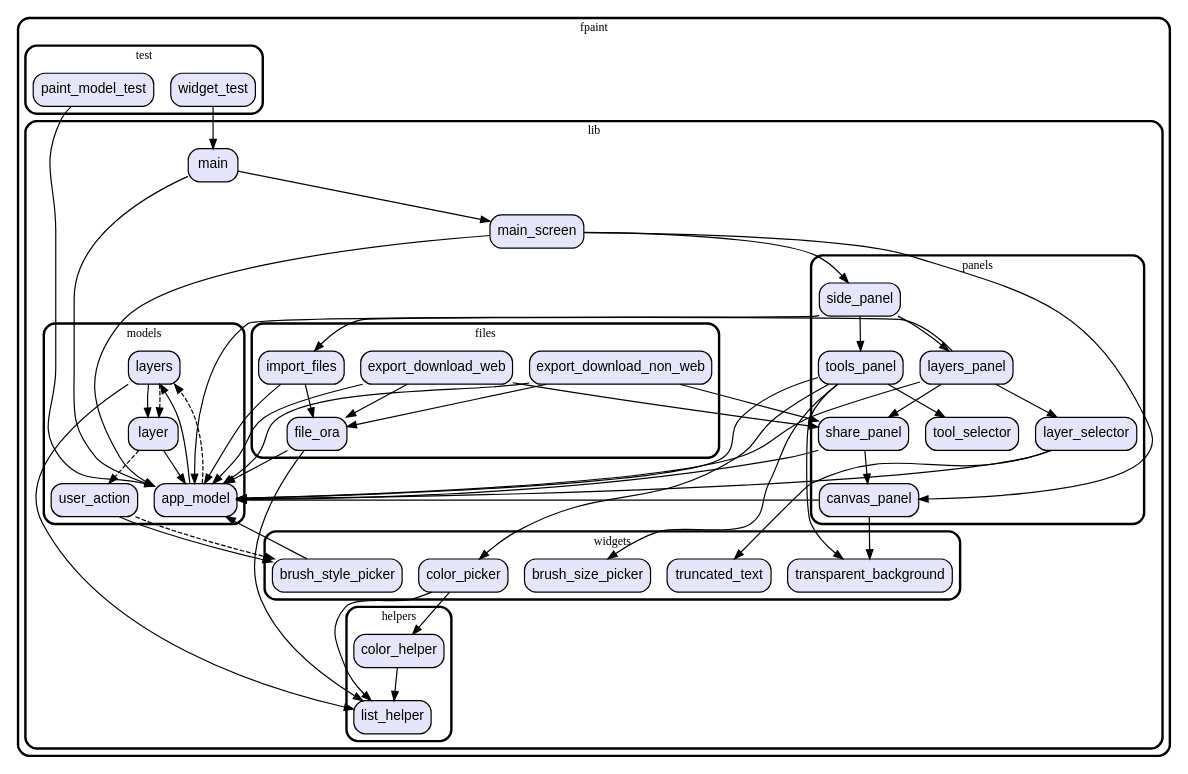
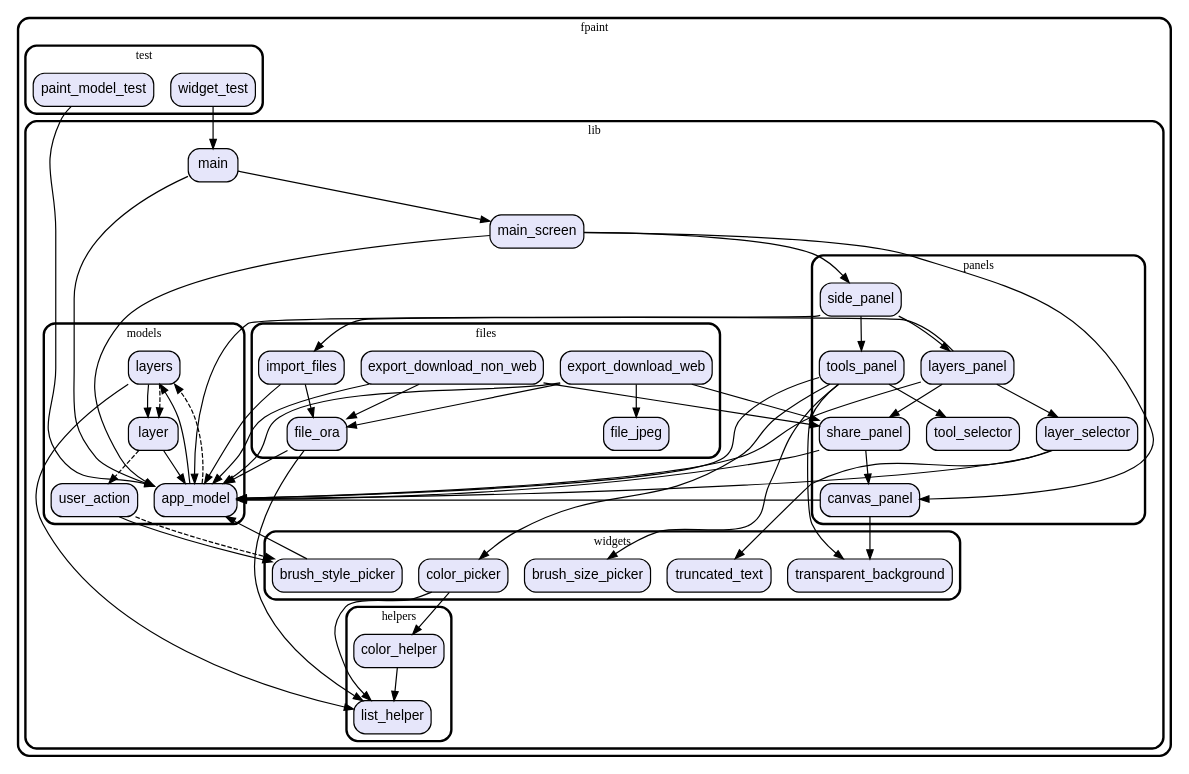
The diagram in graph.dot (vteam-com/fPaint), drawn with Graphviz before and after one commit. The commit also changed 7 other files, not shown here.

```diff
--- a/graph.dot
+++ b/graph.dot
@@ -1,129 +1,132 @@
 digraph "" {
   graph [style=rounded fontname="Arial Black" fontsize=13 penwidth=2.6];
   node [shape=rect style="filled,rounded" fontname=Arial fontsize=15 fillcolor=Lavender penwidth=1.3];
   edge [penwidth=1.3];
   "/test/paint_model_test.dart" [label="paint_model_test"];
   "/test/widget_test.dart" [label="widget_test"];
   "/lib/panels/tool_selector.dart" [label="tool_selector"];
   "/lib/panels/canvas_panel.dart" [label="canvas_panel"];
   "/lib/panels/layer_selector.dart" [label="layer_selector"];
   "/lib/panels/side_panel.dart" [label="side_panel"];
   "/lib/panels/share_panel.dart" [label="share_panel"];
   "/lib/panels/tools_panel.dart" [label="tools_panel"];
   "/lib/panels/layers_panel.dart" [label="layers_panel"];
   "/lib/models/layers.dart" [label="layers"];
   "/lib/models/user_action.dart" [label="user_action"];
   "/lib/models/app_model.dart" [label="app_model"];
   "/lib/models/layer.dart" [label="layer"];
   "/lib/main.dart" [label="main"];
+  "/lib/files/file_jpeg.dart" [label="file_jpeg"];
   "/lib/files/export_download_web.dart" [label="export_download_web"];
   "/lib/files/file_ora.dart" [label="file_ora"];
   "/lib/files/export_download_non_web.dart" [label="export_download_non_web"];
   "/lib/files/import_files.dart" [label="import_files"];
   "/lib/main_screen.dart" [label="main_screen"];
   "/lib/helpers/list_helper.dart" [label="list_helper"];
   "/lib/helpers/color_helper.dart" [label="color_helper"];
   "/lib/widgets/truncated_text.dart" [label="truncated_text"];
   "/lib/widgets/brush_size_picker.dart" [label="brush_size_picker"];
   "/lib/widgets/transparent_background.dart" [label="transparent_background"];
   "/lib/widgets/brush_style_picker.dart" [label="brush_style_picker"];
   "/lib/widgets/color_picker.dart" [label="color_picker"];
   subgraph "cluster~" {
     label="fpaint";
     subgraph "cluster~/test" {
       label="test";
       "/test/paint_model_test.dart";
       "/test/widget_test.dart";
     }
     subgraph "cluster~/lib" {
       label="lib";
       "/lib/main.dart";
       "/lib/main_screen.dart";
       subgraph "cluster~/lib/panels" {
         label="panels";
         "/lib/panels/tool_selector.dart";
         "/lib/panels/canvas_panel.dart";
         "/lib/panels/layer_selector.dart";
         "/lib/panels/side_panel.dart";
         "/lib/panels/share_panel.dart";
         "/lib/panels/tools_panel.dart";
         "/lib/panels/layers_panel.dart";
       }
       subgraph "cluster~/lib/models" {
         label="models";
         "/lib/models/layers.dart";
         "/lib/models/user_action.dart";
         "/lib/models/app_model.dart";
         "/lib/models/layer.dart";
       }
       subgraph "cluster~/lib/files" {
         label="files";
+        "/lib/files/file_jpeg.dart";
         "/lib/files/export_download_web.dart";
         "/lib/files/file_ora.dart";
         "/lib/files/export_download_non_web.dart";
         "/lib/files/import_files.dart";
       }
       subgraph "cluster~/lib/helpers" {
         label="helpers";
         "/lib/helpers/list_helper.dart";
         "/lib/helpers/color_helper.dart";
       }
       subgraph "cluster~/lib/widgets" {
         label="widgets";
         "/lib/widgets/truncated_text.dart";
         "/lib/widgets/brush_size_picker.dart";
         "/lib/widgets/transparent_background.dart";
         "/lib/widgets/brush_style_picker.dart";
         "/lib/widgets/color_picker.dart";
       }
     }
   }
   "/test/paint_model_test.dart" -> "/lib/models/app_model.dart";
   "/test/widget_test.dart" -> "/lib/main.dart";
   "/lib/panels/canvas_panel.dart" -> "/lib/models/app_model.dart";
   "/lib/panels/canvas_panel.dart" -> "/lib/widgets/transparent_background.dart";
   "/lib/panels/layer_selector.dart" -> "/lib/models/app_model.dart";
   "/lib/panels/layer_selector.dart" -> "/lib/widgets/truncated_text.dart";
   "/lib/panels/side_panel.dart" -> "/lib/models/app_model.dart";
   "/lib/panels/side_panel.dart" -> "/lib/panels/layers_panel.dart";
   "/lib/panels/side_panel.dart" -> "/lib/panels/tools_panel.dart";
   "/lib/panels/share_panel.dart" -> "/lib/models/app_model.dart";
   "/lib/panels/share_panel.dart" -> "/lib/panels/canvas_panel.dart";
   "/lib/panels/tools_panel.dart" -> "/lib/models/app_model.dart";
   "/lib/panels/tools_panel.dart" -> "/lib/panels/tool_selector.dart";
   "/lib/panels/tools_panel.dart" -> "/lib/widgets/brush_size_picker.dart";
   "/lib/panels/tools_panel.dart" -> "/lib/widgets/color_picker.dart";
   "/lib/panels/tools_panel.dart" -> "/lib/widgets/transparent_background.dart";
   "/lib/panels/layers_panel.dart" -> "/lib/files/import_files.dart";
   "/lib/panels/layers_panel.dart" -> "/lib/models/app_model.dart";
   "/lib/panels/layers_panel.dart" -> "/lib/panels/layer_selector.dart";
   "/lib/panels/layers_panel.dart" -> "/lib/panels/share_panel.dart";
   "/lib/models/layers.dart" -> "/lib/helpers/list_helper.dart";
   "/lib/models/layers.dart" -> "/lib/models/layer.dart";
   "/lib/models/layers.dart" -> "/lib/models/layer.dart" [style=dashed];
   "/lib/models/user_action.dart" -> "/lib/widgets/brush_style_picker.dart";
   "/lib/models/user_action.dart" -> "/lib/widgets/brush_style_picker.dart" [style=dashed];
   "/lib/models/app_model.dart" -> "/lib/models/layers.dart";
   "/lib/models/app_model.dart" -> "/lib/models/layers.dart" [style=dashed];
   "/lib/models/layer.dart" -> "/lib/models/app_model.dart";
   "/lib/models/layer.dart" -> "/lib/models/user_action.dart" [style=dashed];
   "/lib/main.dart" -> "/lib/main_screen.dart";
   "/lib/main.dart" -> "/lib/models/app_model.dart";
+  "/lib/files/export_download_web.dart" -> "/lib/files/file_jpeg.dart";
   "/lib/files/export_download_web.dart" -> "/lib/files/file_ora.dart";
   "/lib/files/export_download_web.dart" -> "/lib/models/app_model.dart";
   "/lib/files/export_download_web.dart" -> "/lib/panels/share_panel.dart";
   "/lib/files/file_ora.dart" -> "/lib/helpers/list_helper.dart";
   "/lib/files/file_ora.dart" -> "/lib/models/app_model.dart";
   "/lib/files/export_download_non_web.dart" -> "/lib/files/file_ora.dart";
   "/lib/files/export_download_non_web.dart" -> "/lib/models/app_model.dart";
   "/lib/files/export_download_non_web.dart" -> "/lib/panels/share_panel.dart";
   "/lib/files/import_files.dart" -> "/lib/files/file_ora.dart";
   "/lib/files/import_files.dart" -> "/lib/models/app_model.dart";
   "/lib/main_screen.dart" -> "/lib/panels/canvas_panel.dart";
   "/lib/main_screen.dart" -> "/lib/panels/side_panel.dart";
   "/lib/main_screen.dart" -> "/lib/models/app_model.dart";
   "/lib/helpers/color_helper.dart" -> "/lib/helpers/list_helper.dart";
   "/lib/widgets/brush_style_picker.dart" -> "/lib/models/app_model.dart";
   "/lib/widgets/color_picker.dart" -> "/lib/helpers/color_helper.dart";
   "/lib/widgets/color_picker.dart" -> "/lib/helpers/list_helper.dart";
 }
```
